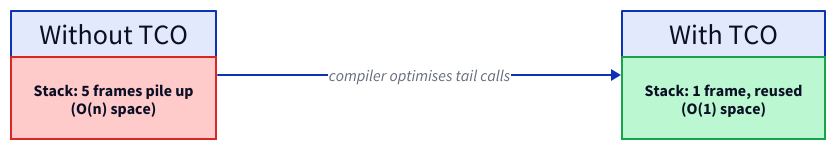
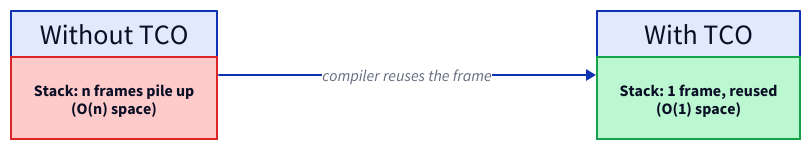
Before and after one commit to ani2fun/codefolio: the second of 2 diagrams in content/cortex/data-structures-and-algorithms/05-algorithms-by-strategy/01-recursion/06-pattern-tail-recursion/01-pattern.md, drawn with D2. The commit also changed other lines of this file and 1049 other files, not shown here.

````diff
--- a/content/cortex/data-structures-and-algorithms/05-algorithms-by-strategy/01-recursion/06-pattern-tail-recursion/01-pattern.md
+++ b/content/cortex/data-structures-and-algorithms/05-algorithms-by-strategy/01-recursion/06-pattern-tail-recursion/01-pattern.md
@@ -65,19 +88,17 @@
 ```d2
 direction: right
 
 without: "Without TCO" {
   grid-rows: 1
   grid-columns: 1
   grid-gap: 0
-  s: "Stack: 5 frames pile up\n(O(n) space)" {style.fill: "#fecaca"; style.stroke: "#dc2626"}
+  s: "Stack: n frames pile up\n(O(n) space)" {style.fill: "#fecaca"; style.stroke: "#dc2626"}
 }
-
 with: "With TCO" {
   grid-rows: 1
   grid-columns: 1
   grid-gap: 0
   s: "Stack: 1 frame, reused\n(O(1) space)" {style.fill: "#bbf7d0"; style.stroke: "#16a34a"}
 }
-
-without -> with: compiler optimises tail calls
+without -> with: compiler reuses the frame
 ```
````
